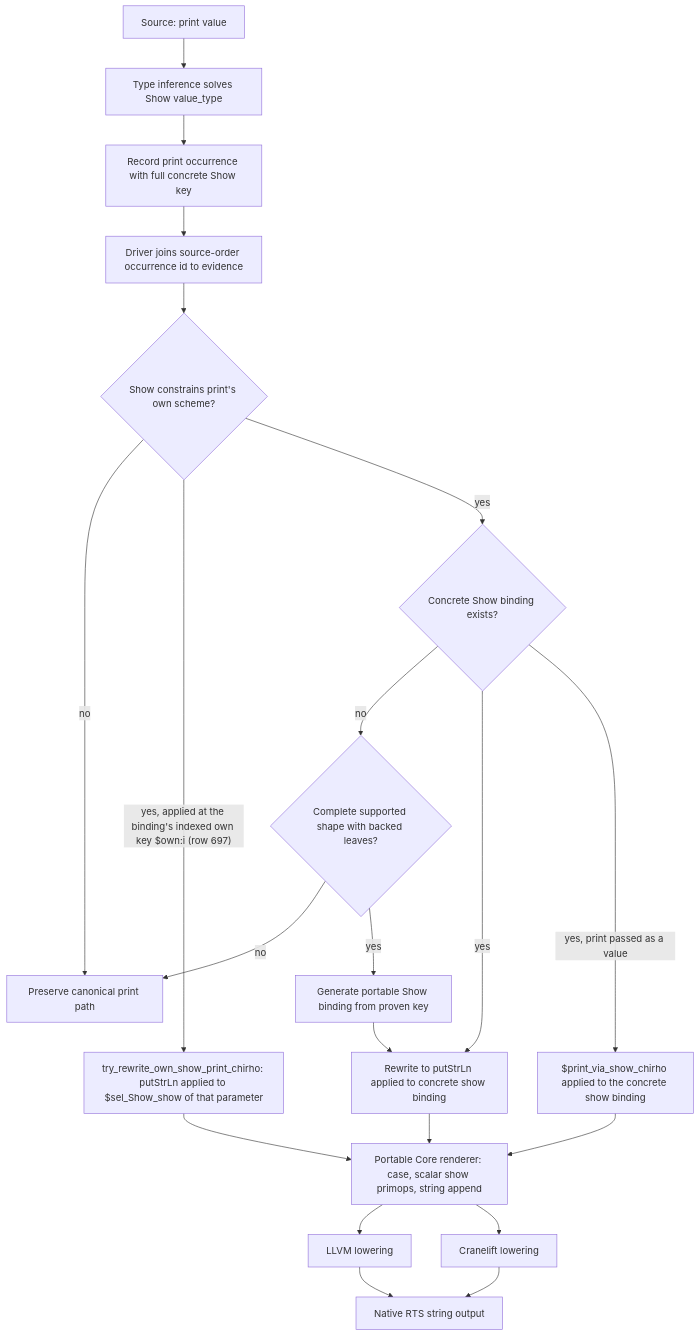
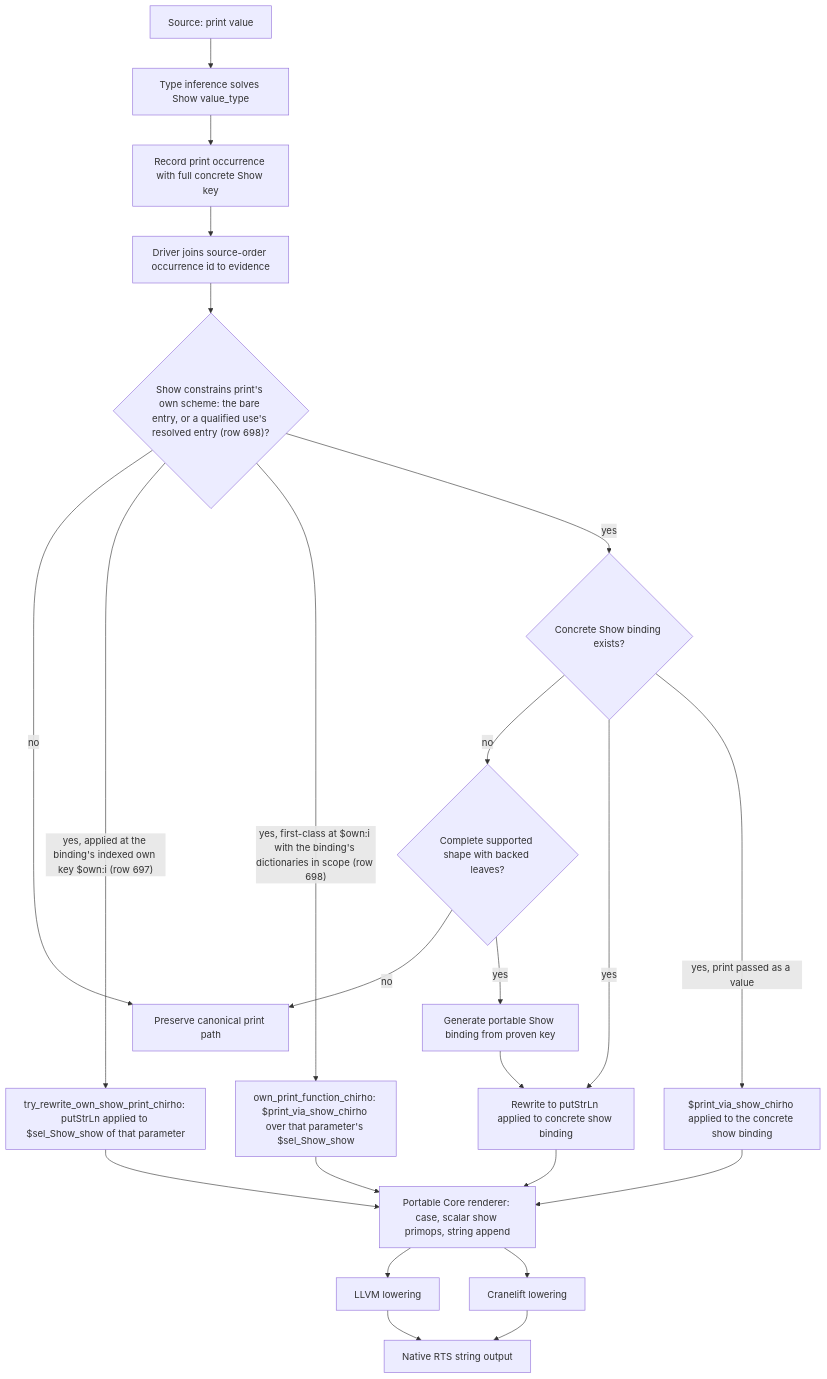
One commit to loveJesus/haskelujah-chirho changed the first of 3 diagrams in spec-chirho/workflows-chirho/print-show-evidence-chirho.md. Above: the diagram before and after it, drawn with Mermaid. The commit also changed other lines of this file and 20 other files, not shown here.

````diff
--- a/spec-chirho/workflows-chirho/print-show-evidence-chirho.md
+++ b/spec-chirho/workflows-chirho/print-show-evidence-chirho.md
@@ -10,23 +10,25 @@
 ```mermaid
 flowchart TD
     source_chirho[Source: print value] --> infer_chirho[Type inference solves Show value_type]
     infer_chirho --> occurrence_chirho[Record print occurrence with full concrete Show key]
     occurrence_chirho --> join_chirho[Driver joins source-order occurrence id to evidence]
-    join_chirho --> validate_chirho{Show constrains print's own scheme?}
+    join_chirho --> validate_chirho{"Show constrains print's own scheme: the bare entry, or a qualified use's resolved entry (row 698)?"}
     validate_chirho -->|no| fallback_chirho[Preserve canonical print path]
     validate_chirho -->|"yes, applied at the binding's indexed own key $own:i (row 697)"| own_show_chirho["try_rewrite_own_show_print_chirho: putStrLn applied to $sel_Show_show of that parameter"]
     own_show_chirho --> core_show_chirho
+    validate_chirho -->|"yes, first-class at $own:i with the binding's dictionaries in scope (row 698)"| own_first_class_chirho["own_print_function_chirho: $print_via_show_chirho over that parameter's $sel_Show_show"]
+    own_first_class_chirho --> core_show_chirho
     validate_chirho -->|yes| instance_chirho{Concrete Show binding exists?}
     instance_chirho -->|no| materialize_chirho{Complete supported shape with backed leaves?}
     materialize_chirho -->|no| fallback_chirho
     materialize_chirho -->|yes| generate_chirho[Generate portable Show binding from proven key]
     generate_chirho --> rewrite_chirho
     instance_chirho -->|yes| rewrite_chirho[Rewrite to putStrLn applied to concrete show binding]
     instance_chirho -->|yes, print passed as a value| first_class_chirho["$print_via_show_chirho applied to the concrete show binding"]
     first_class_chirho --> core_show_chirho
     rewrite_chirho --> core_show_chirho[Portable Core renderer: case, scalar show primops, string append]
     core_show_chirho --> llvm_chirho[LLVM lowering]
     core_show_chirho --> cranelift_chirho[Cranelift lowering]
     llvm_chirho --> rts_chirho[Native RTS string output]
     cranelift_chirho --> rts_chirho
 ```
````
